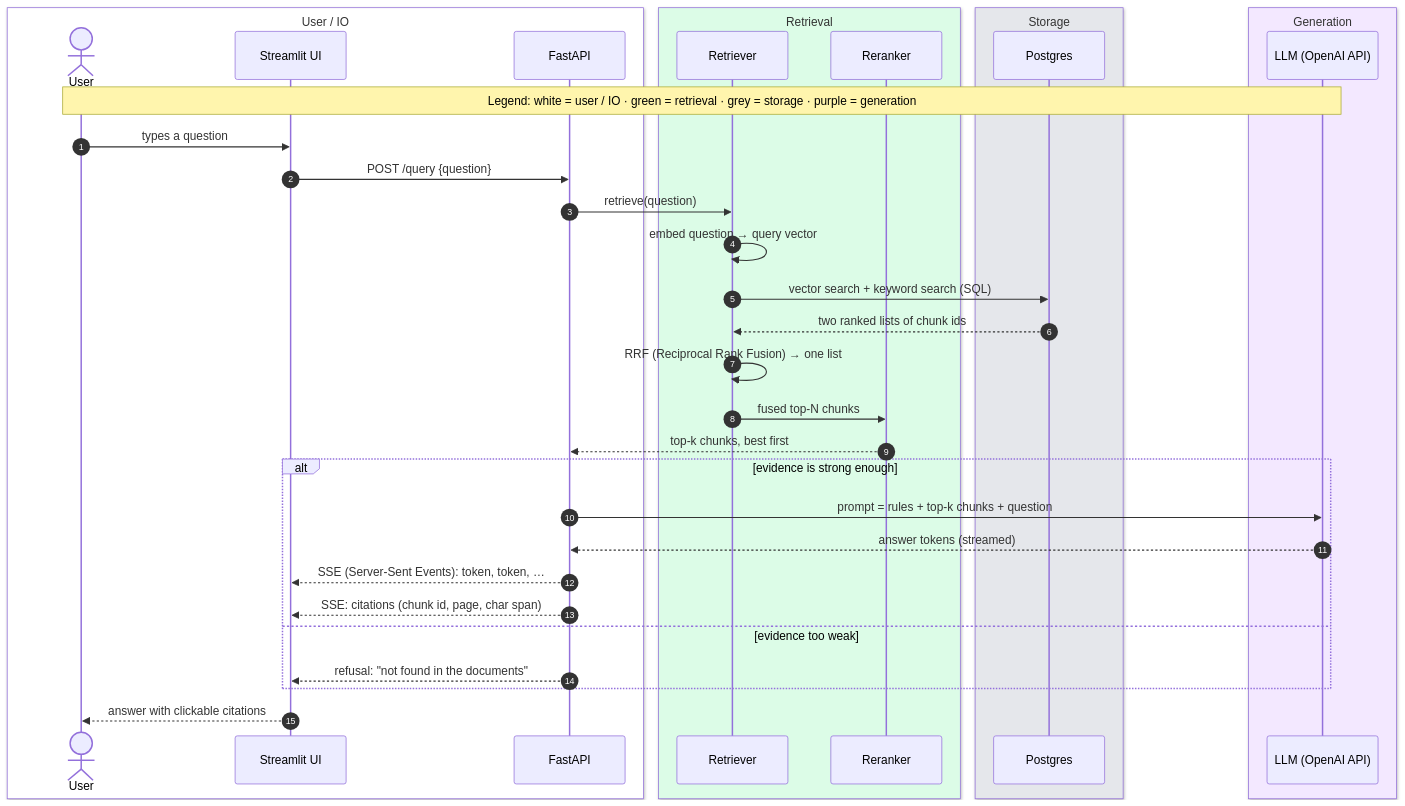
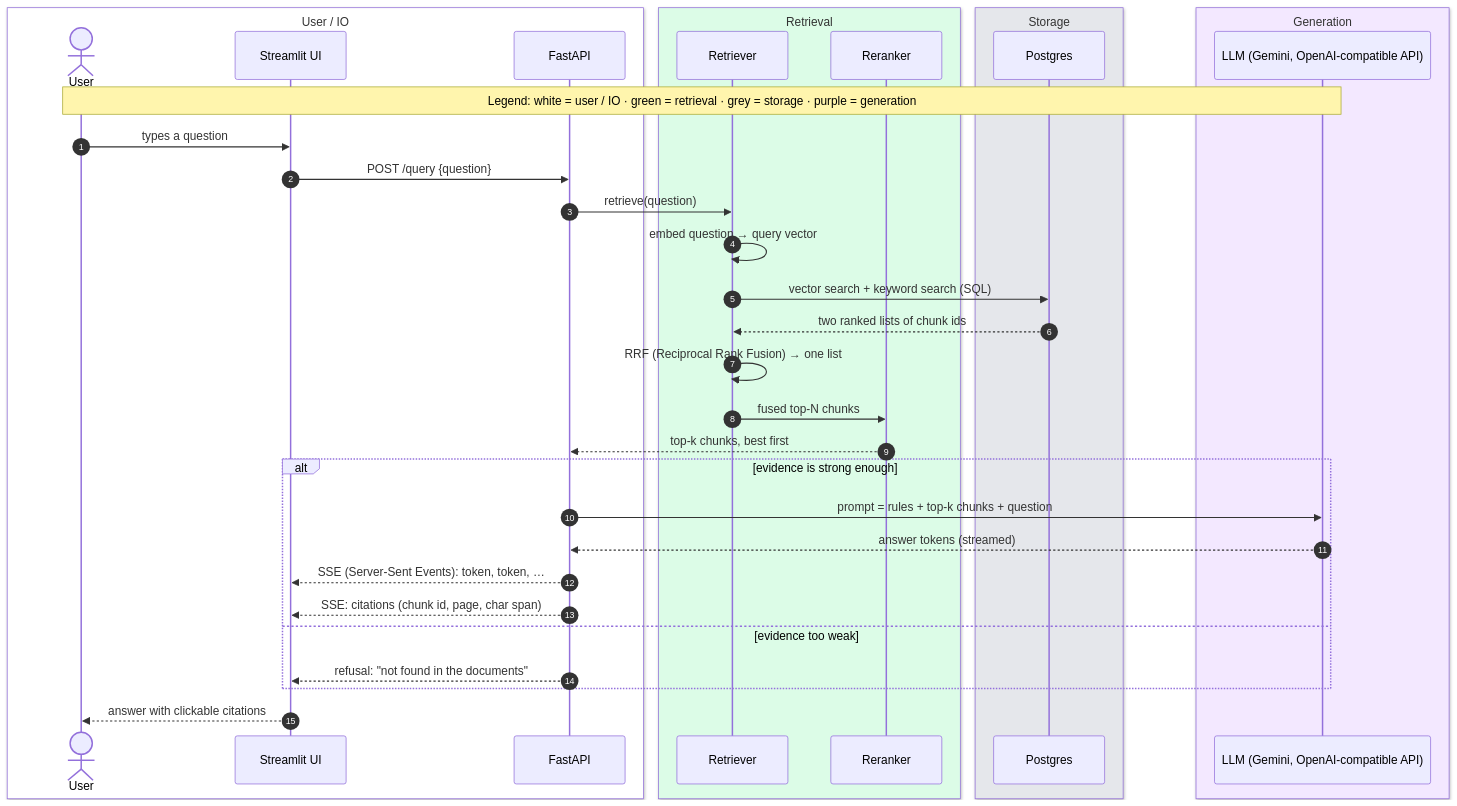
Before and after one commit to Deoxy7/rag-assistant: the diagram in docs/diagrams/src/02-request-lifecycle.mmd, drawn with Mermaid. The commit also changed 66 other files, not shown here.

Commit message:
docs: Gemini provider switch — client, model choice, card x-llm-provider, judge caveat, T-045..T-051, smoke results

```diff
--- a/docs/diagrams/src/02-request-lifecycle.mmd
+++ b/docs/diagrams/src/02-request-lifecycle.mmd
@@ -1,38 +1,38 @@
 %% Owner: docs/02-architecture-overview.md — one question, from keypress to cited answer.
 sequenceDiagram
     autonumber
     box rgb(255,255,255) User / IO
         actor U as User
         participant UI as Streamlit UI
         participant API as FastAPI
     end
     box rgb(220,252,231) Retrieval
         participant R as Retriever
         participant RR as Reranker
     end
     box rgb(229,231,235) Storage
         participant DB as Postgres
     end
     box rgb(243,232,255) Generation
-        participant LLM as LLM (OpenAI API)
+        participant LLM as LLM (Gemini, OpenAI-compatible API)
     end
 
     Note over U,LLM: Legend: white = user / IO · green = retrieval · grey = storage · purple = generation
     U->>UI: types a question
     UI->>API: POST /query {question}
     API->>R: retrieve(question)
     R->>R: embed question → query vector
     R->>DB: vector search + keyword search (SQL)
     DB-->>R: two ranked lists of chunk ids
     R->>R: RRF (Reciprocal Rank Fusion) → one list
     R->>RR: fused top-N chunks
     RR-->>API: top-k chunks, best first
     alt evidence is strong enough
         API->>LLM: prompt = rules + top-k chunks + question
         LLM-->>API: answer tokens (streamed)
         API-->>UI: SSE (Server-Sent Events): token, token, …
         API-->>UI: SSE: citations (chunk id, page, char span)
     else evidence too weak
         API-->>UI: refusal: "not found in the documents"
     end
     UI-->>U: answer with clickable citations
```
